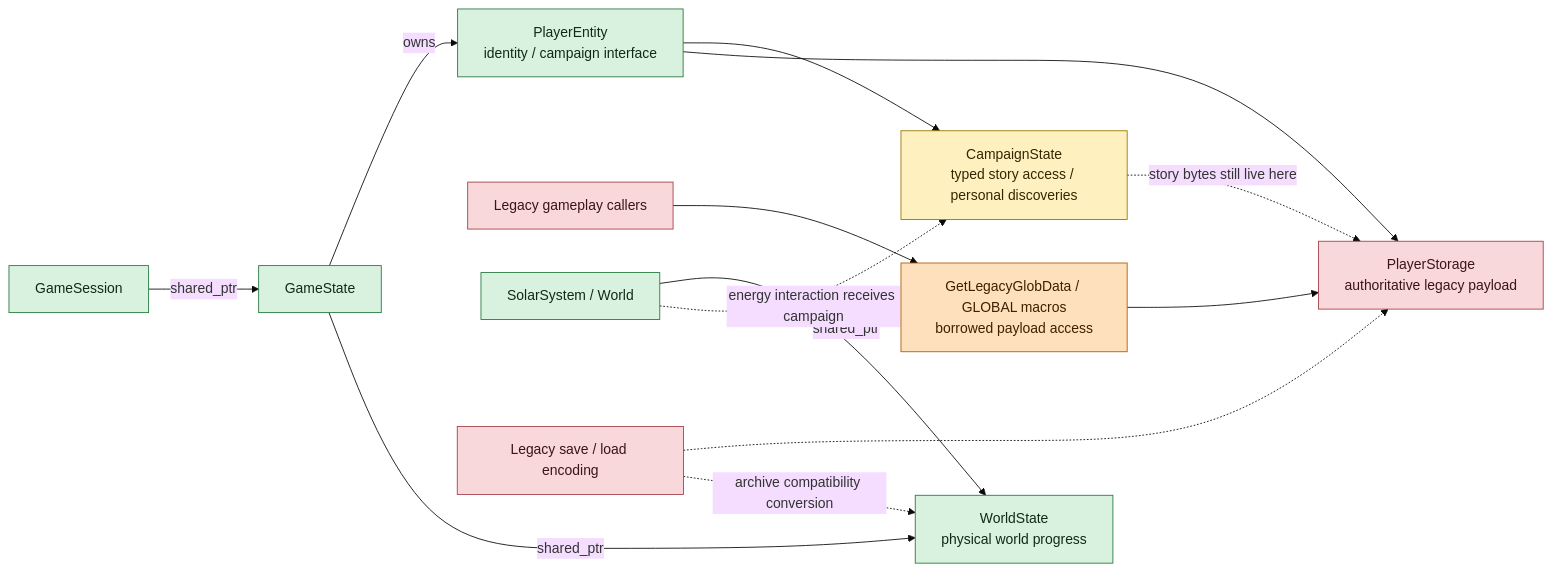
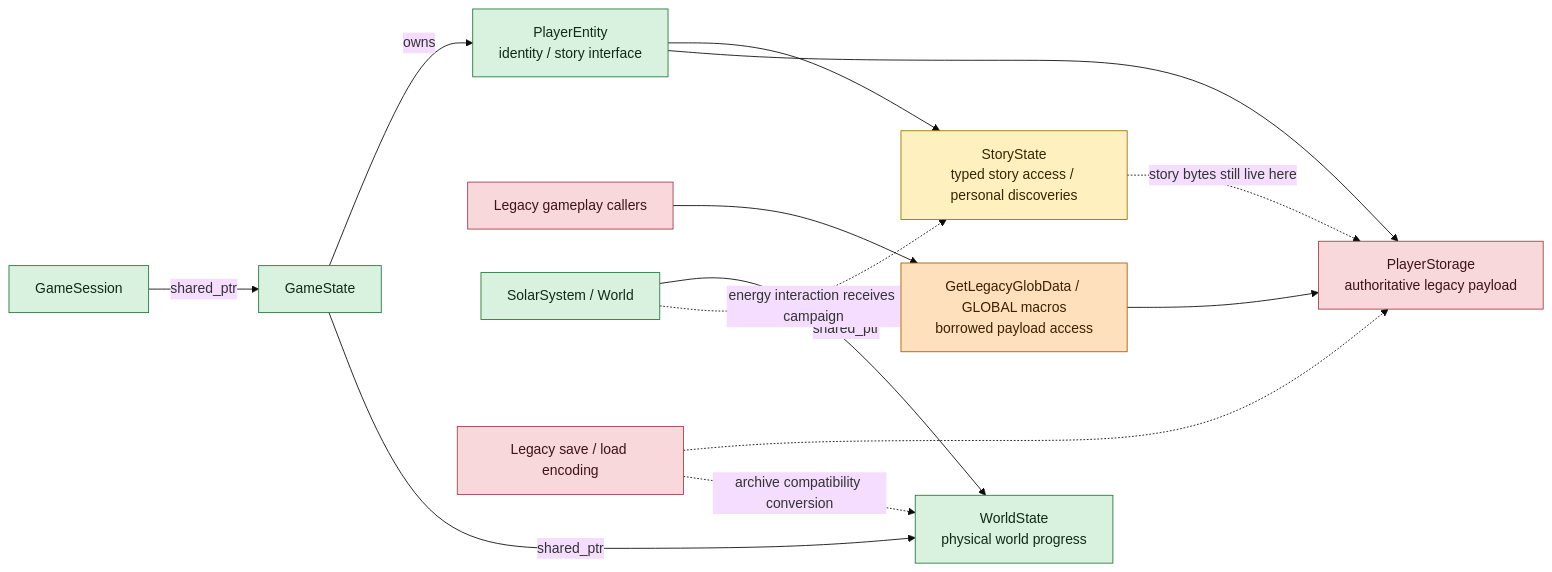
The second of 3 diagrams in docs/design/runtime-map.md (yost-jacob/uqm-cpp17), drawn with Mermaid (base theme) before and after one commit. The commit also changed other lines of this file and 84 other files, not shown here.

Commit message:
Rename personal CampaignState to StoryState throughout native code

````diff
--- a/docs/design/runtime-map.md
+++ b/docs/design/runtime-map.md
@@ -84,20 +84,20 @@
 ```mermaid
 flowchart LR
     SESSION["GameSession"]:::native -->|shared_ptr| STATE["GameState"]:::native
-    STATE -->|owns| PLAYER["PlayerEntity<br/>identity / campaign interface"]:::native
+    STATE -->|owns| PLAYER["PlayerEntity<br/>identity / story interface"]:::native
     STATE -->|shared_ptr| WS["WorldState<br/>physical world progress"]:::native
-    PLAYER --> CAM["CampaignState<br/>typed story access / personal discoveries"]:::mixed
+    PLAYER --> CAM["StoryState<br/>typed story access / personal discoveries"]:::mixed
     PLAYER --> PAYLOAD["PlayerStorage<br/>authoritative legacy payload"]:::legacy
     CAM -. story bytes still live here .-> PAYLOAD
     C["Legacy gameplay callers"]:::legacy --> BRIDGE["GetLegacyGlobData / GLOBAL macros<br/>borrowed payload access"]:::adapter
     BRIDGE --> PAYLOAD
     W["SolarSystem / World"]:::native -->|shared_ptr| WS
     W -. energy interaction receives campaign .-> CAM
     SAVE["Legacy save / load encoding"]:::legacy -.-> PAYLOAD
     SAVE -. archive compatibility conversion .-> WS
 
     classDef native fill:#d9f2df,stroke:#27783d,color:#102a17;
     classDef mixed fill:#fff1bf,stroke:#9a7400,color:#342700;
     classDef adapter fill:#ffe0bd,stroke:#af5c00,color:#3c2100;
     classDef legacy fill:#f8d8da,stroke:#a43f48,color:#3b1419;
 ```
````
